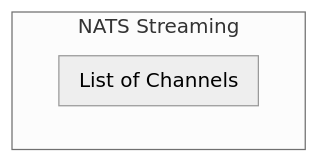
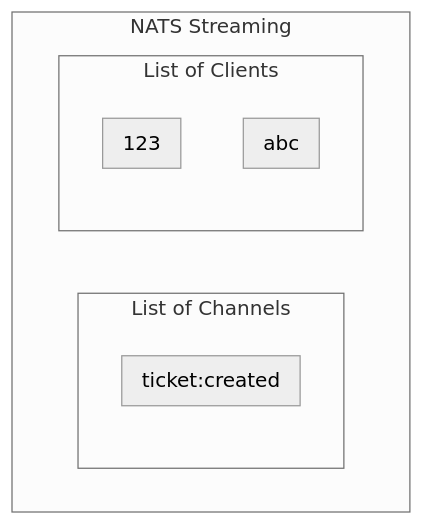
The third of 3 diagrams in nats-test/README.md (albin-joseph/nodejs-micro-service), drawn with Mermaid (neutral theme) before and after one commit. The commit also changed 1 other file, not shown here.

Commit message:
update README and client id creation

````diff
--- a/nats-test/README.md
+++ b/nats-test/README.md
@@ -30,7 +30,16 @@
 ``` mermaid
-        graph TD
+        graph TB
             subgraph NATS Streaming
                 subgraph List of Channels
+                    subgraph ticket:created
+                    end
+                end
+                subgraph List of Clients
+                    direction TB
+                    subgraph abc
+                    end
+                    subgraph 123
+                    end
                 end
             end
 ```
````
